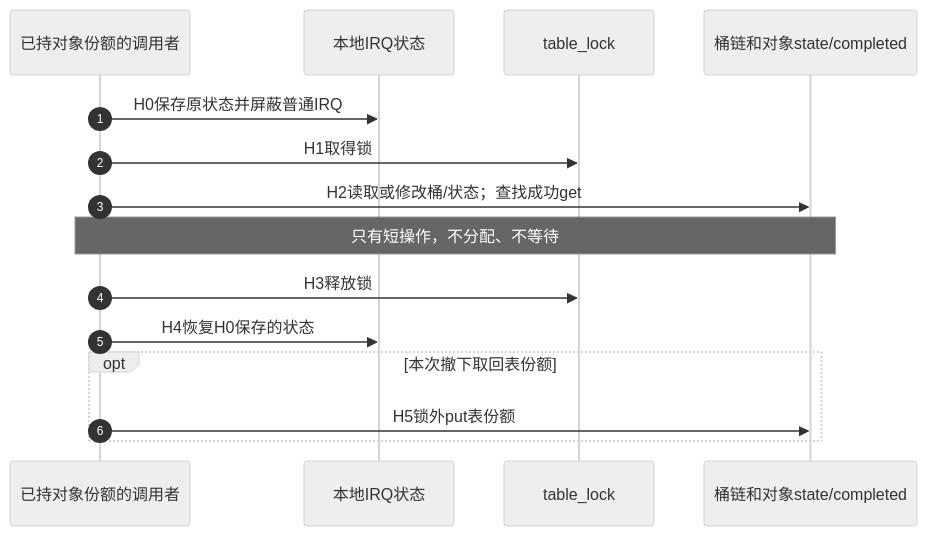
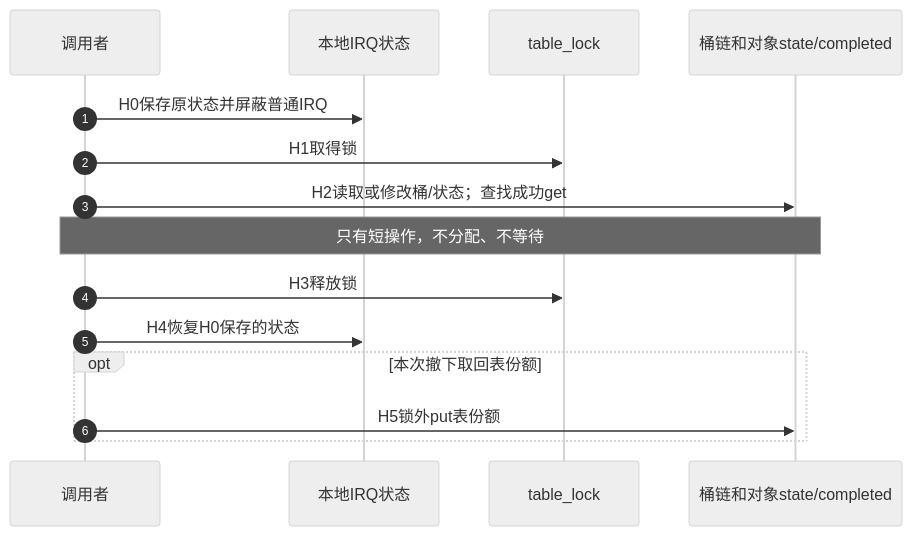
Before and after one commit to FormingSystem/linux_note: the second of 2 diagrams in knowledge/linux/object_lifetime/kref/P18_拥有型哈希与IRQ工程模板.md, drawn with Mermaid (neutral theme). The commit also changed other lines of this file, not shown here.

````diff
--- a/knowledge/linux/object_lifetime/kref/P18_拥有型哈希与IRQ工程模板.md
+++ b/knowledge/linux/object_lifetime/kref/P18_拥有型哈希与IRQ工程模板.md
@@ -27,17 +44,17 @@
 ```mermaid
 sequenceDiagram
     autonumber
-    participant U as 已持对象份额的调用者
+    participant U as 调用者
     participant I as 本地IRQ状态
     participant L as table_lock
     participant T as 桶链和对象state/completed
     U->>I: H0保存原状态并屏蔽普通IRQ
     U->>L: H1取得锁
     U->>T: H2读取或修改桶/状态；查找成功get
     Note over U,T: 只有短操作，不分配、不等待
     U->>L: H3释放锁
     U->>I: H4恢复H0保存的状态
     opt 本次撤下取回表份额
         U->>T: H5锁外put表份额
     end
 ```
````
